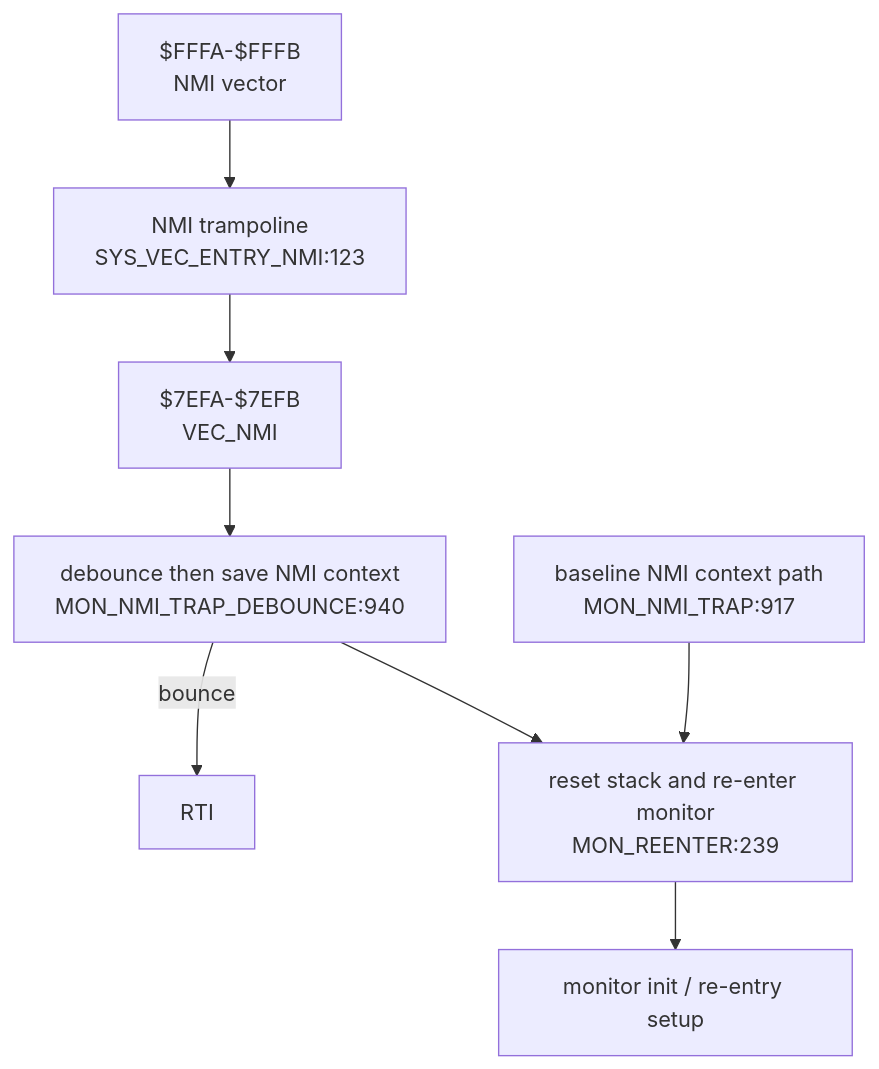
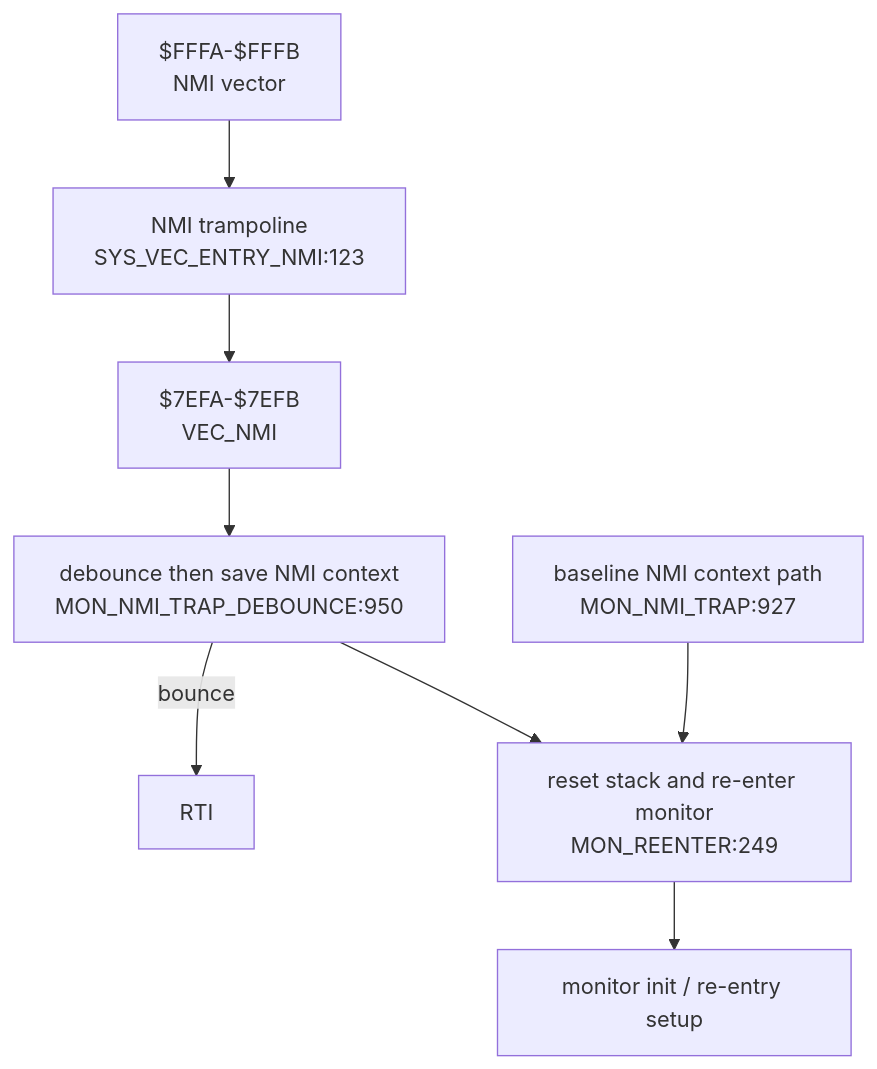
Before and after one commit to 95westus/R-YORS: the fourth of 6 diagrams in DOC/GENERATED/INTERRUPT_VECTOR_MAP.md, drawn with Mermaid. The commit also changed other lines of this file and 45 other files, not shown here.

````diff
--- a/DOC/GENERATED/INTERRUPT_VECTOR_MAP.md
+++ b/DOC/GENERATED/INTERRUPT_VECTOR_MAP.md
@@ -62,10 +62,10 @@
 ```mermaid
 flowchart TD
     NMIV["$FFFA-$FFFB<br/>NMI vector"] --> NMIENTRY["NMI trampoline<br/>SYS_VEC_ENTRY_NMI:123"]
     NMIENTRY --> VECNMI["$7EFA-$7EFB<br/>VEC_NMI"]
-    VECNMI --> NMITRAP["debounce then save NMI context<br/>MON_NMI_TRAP_DEBOUNCE:940"]
+    VECNMI --> NMITRAP["debounce then save NMI context<br/>MON_NMI_TRAP_DEBOUNCE:950"]
     NMITRAP -->|bounce| RTINMI["RTI"]
-    NMITRAP --> REENTER["reset stack and re-enter monitor<br/>MON_REENTER:239"]
-    NMIBASE["baseline NMI context path<br/>MON_NMI_TRAP:917"] --> REENTER
+    NMITRAP --> REENTER["reset stack and re-enter monitor<br/>MON_REENTER:249"]
+    NMIBASE["baseline NMI context path<br/>MON_NMI_TRAP:927"] --> REENTER
     REENTER --> INIT["monitor init / re-entry setup"]
 ```
````
